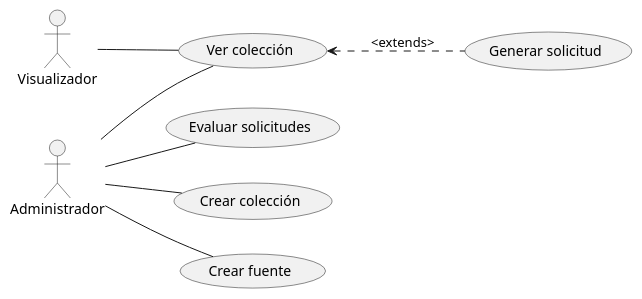
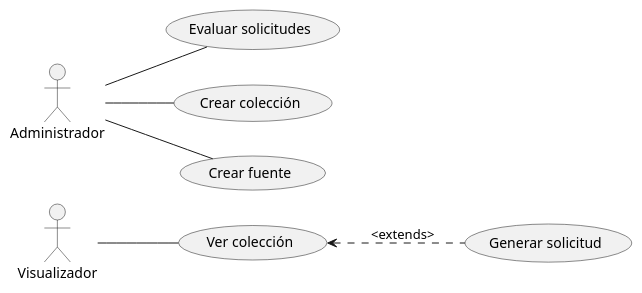
Before and after one commit to lrizzitano/Metamapa: the diagram in diagramas/diagrama-casos_de_uso.puml, drawn with PlantUML.

Commit message:
Relación innecesaria

```diff
--- a/diagramas/diagrama-casos_de_uso.puml
+++ b/diagramas/diagrama-casos_de_uso.puml
@@ -1,23 +1,22 @@
 @startuml
 left to right direction
 
 actor Visualizador
 actor Administrador
 
 usecase "Ver colección" as UC1
 usecase "Evaluar solicitudes" as UC2
 usecase "Crear colección" as UC3
 usecase "Crear fuente" as UC4
 
 usecase "Generar solicitud" as UC1.1
 
 Visualizador -- UC1
-Administrador -- UC1
 Administrador -- UC2
 Administrador -- UC3
 Administrador -- UC4
 
 
 UC1 <.. UC1.1 : <extends>
 
 @enduml
```
